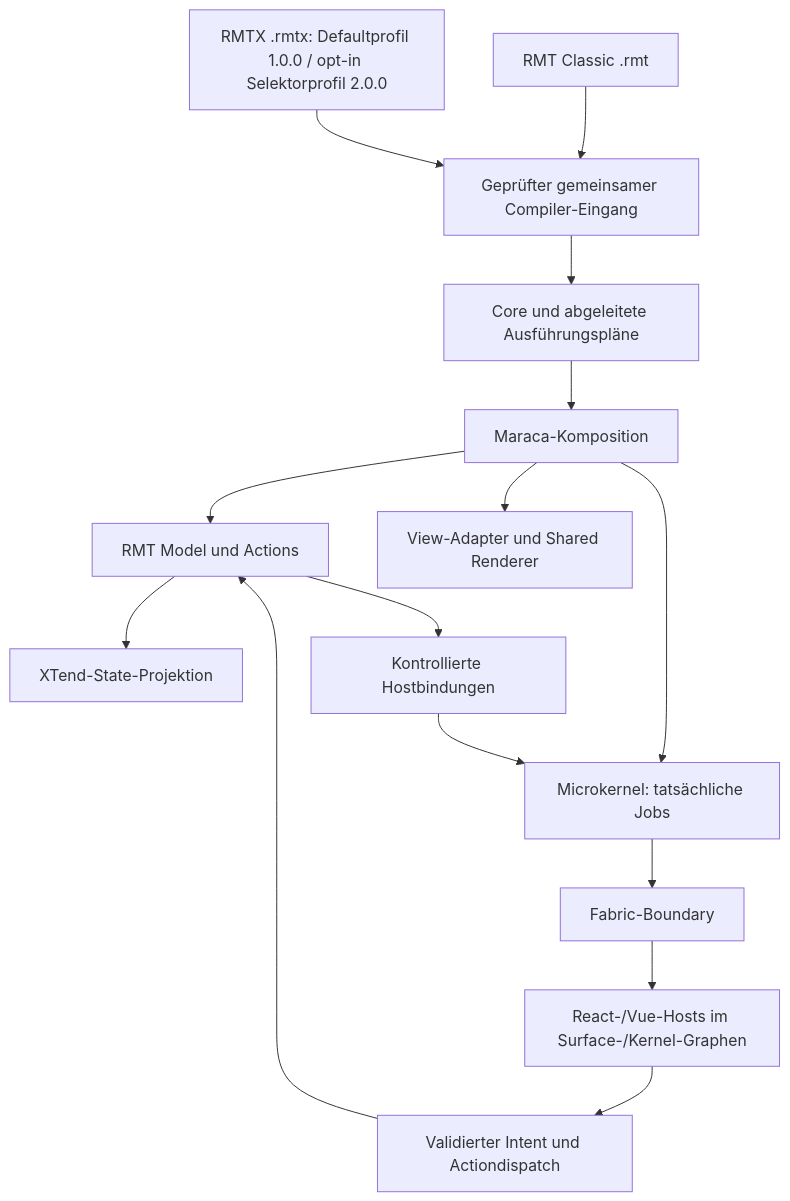
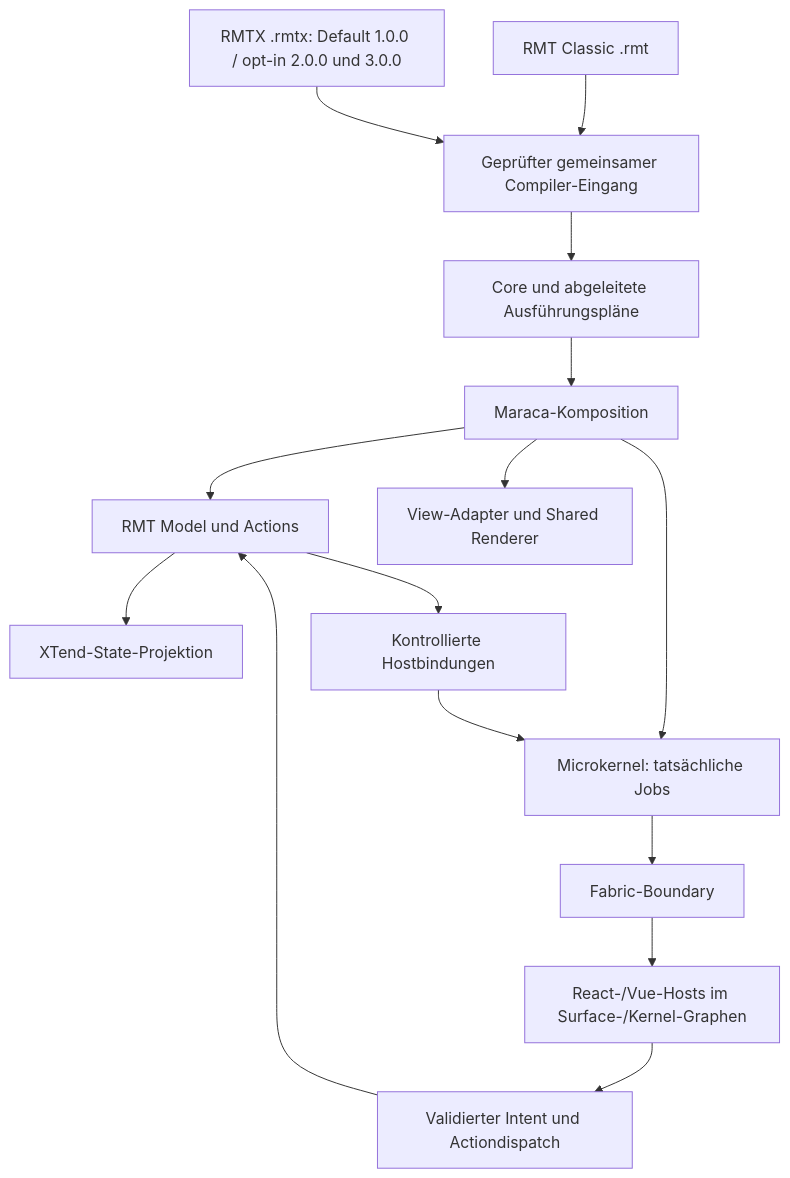
Before and after one commit to konnilabs/xtend: the diagram in development/XTend-0.9-RMTX-und-XTensions-2.0-Bestandsaufnahme.md, drawn with Mermaid. The commit also changed other lines of this file and 314 other files, not shown here.

First line of the commit message:
feat: add state binding projection functionality and related schemas

````diff
--- a/development/XTend-0.9-RMTX-und-XTensions-2.0-Bestandsaufnahme.md
+++ b/development/XTend-0.9-RMTX-und-XTensions-2.0-Bestandsaufnahme.md
@@ -51,17 +51,17 @@
 ```mermaid
 flowchart TD
   Classic["RMT Classic .rmt"] --> AST["Geprüfter gemeinsamer Compiler-Eingang"]
-  RMTX["RMTX .rmtx: Defaultprofil 1.0.0 / opt-in Selektorprofil 2.0.0"] --> AST
+  RMTX["RMTX .rmtx: Default 1.0.0 / opt-in 2.0.0 und 3.0.0"] --> AST
   AST --> Plans["Core und abgeleitete Ausführungspläne"]
   Plans --> Maraca["Maraca-Komposition"]
   Maraca --> Model["RMT Model und Actions"]
   Model --> State["XTend-State-Projektion"]
   Model --> Binding["Kontrollierte Hostbindungen"]
   Maraca --> Kernel["Microkernel: tatsächliche Jobs"]
   Binding --> Kernel
   Kernel --> Fabric["Fabric-Boundary"]
   Fabric --> Hosts["React-/Vue-Hosts im Surface-/Kernel-Graphen"]
   Hosts --> Intent["Validierter Intent und Actiondispatch"]
   Intent --> Model
   Maraca --> View["View-Adapter und Shared Renderer"]
 ```
````
